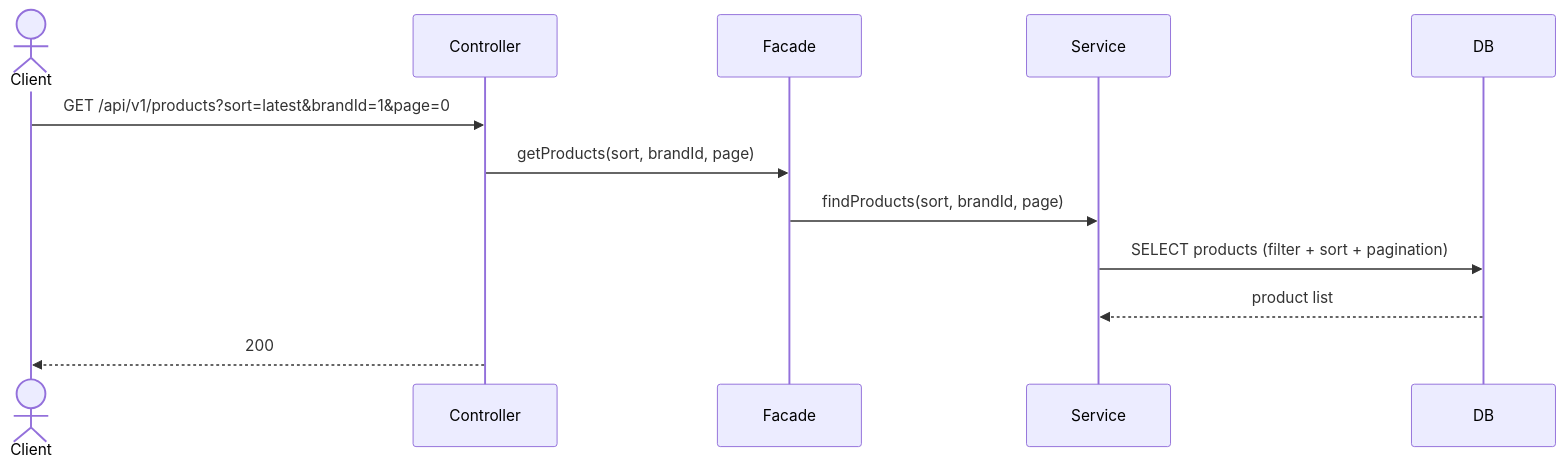
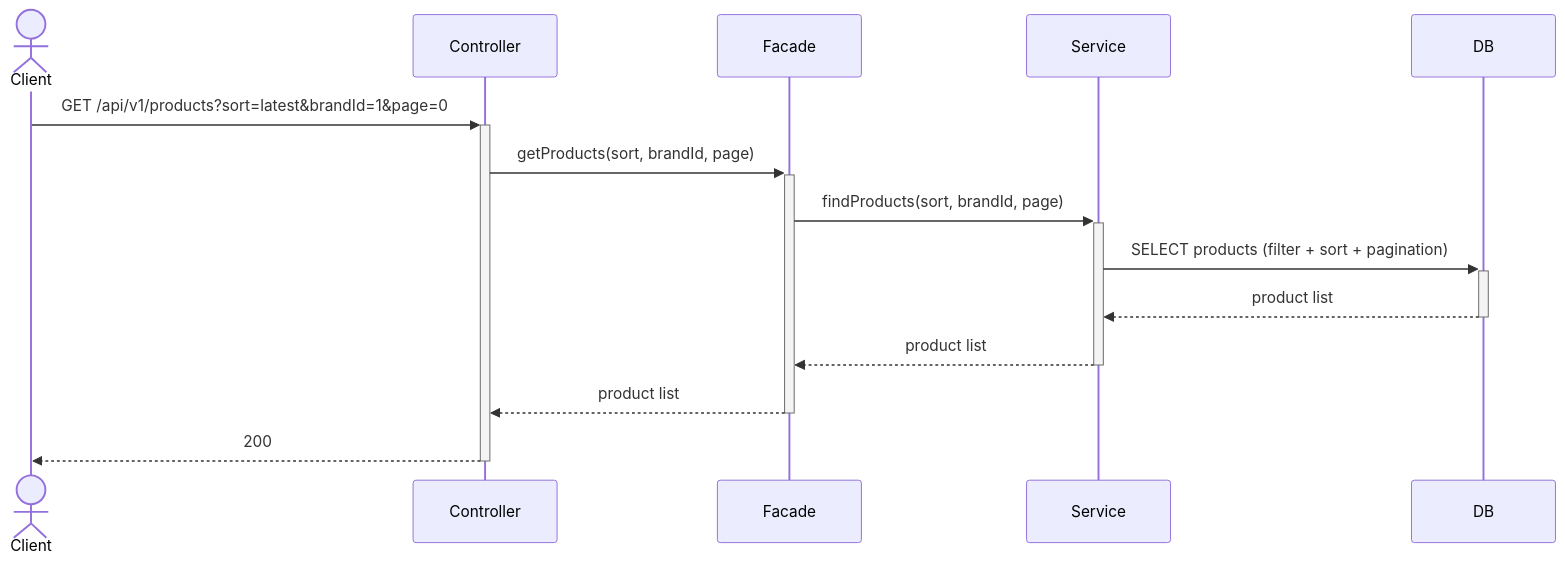
Before and after one commit to loopers-labs/loop-pack-be-l2-vol4-java: the first of 21 diagrams in .docs/design/02-sequence-diagrams.md, drawn with Mermaid. The commit also changed other lines of this file, not shown here.

Commit message:
docs: 시퀀스 다이어그램 수정

````diff
--- a/.docs/design/02-sequence-diagrams.md
+++ b/.docs/design/02-sequence-diagrams.md
@@ -9,15 +9,17 @@
 ```mermaid
 sequenceDiagram
     actor Client
     participant Controller
     participant Facade
     participant Service
     participant DB
 
-    Client->>Controller: GET /api/v1/products?sort=latest&brandId=1&page=0
-    Controller->>Facade: getProducts(sort, brandId, page)
-    Facade->>Service: findProducts(sort, brandId, page)
-    Service->>DB: SELECT products (filter + sort + pagination)
-    DB-->>Service: product list
-    Controller-->>Client: 200
+    Client->>+Controller: GET /api/v1/products?sort=latest&brandId=1&page=0
+    Controller->>+Facade: getProducts(sort, brandId, page)
+    Facade->>+Service: findProducts(sort, brandId, page)
+    Service->>+DB: SELECT products (filter + sort + pagination)
+    DB-->>-Service: product list
+    Service-->>-Facade: product list
+    Facade-->>-Controller: product list
+    Controller-->>-Client: 200
 ```
````
